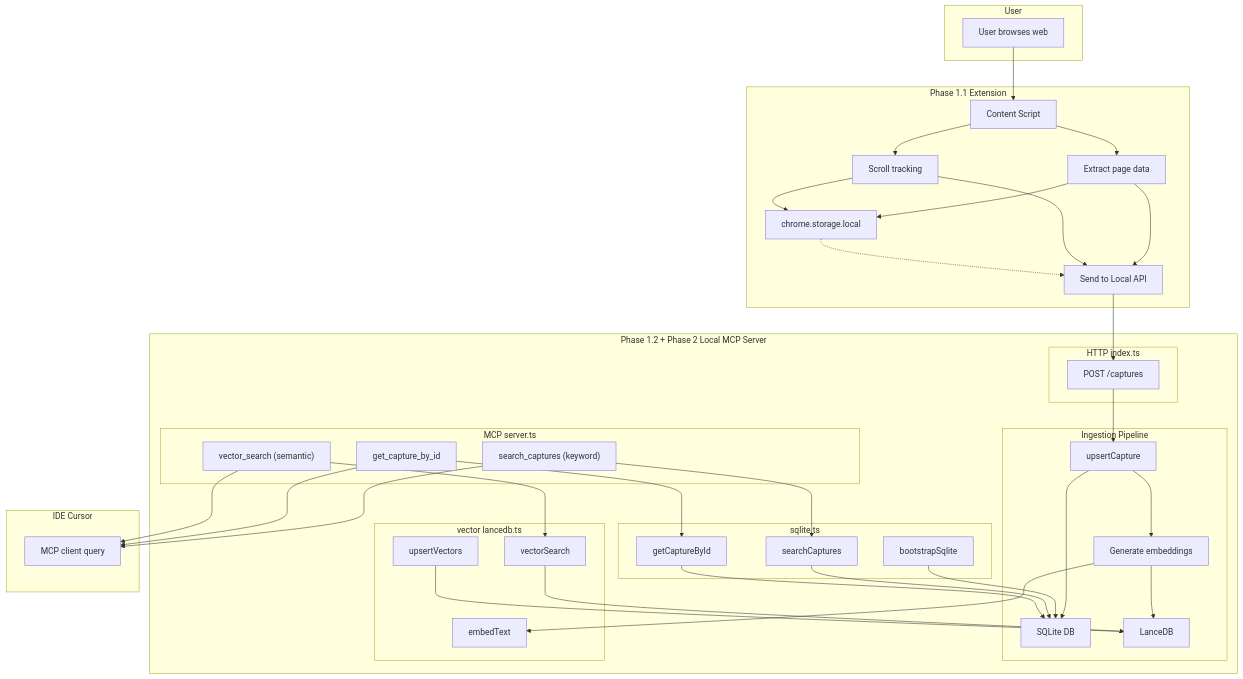
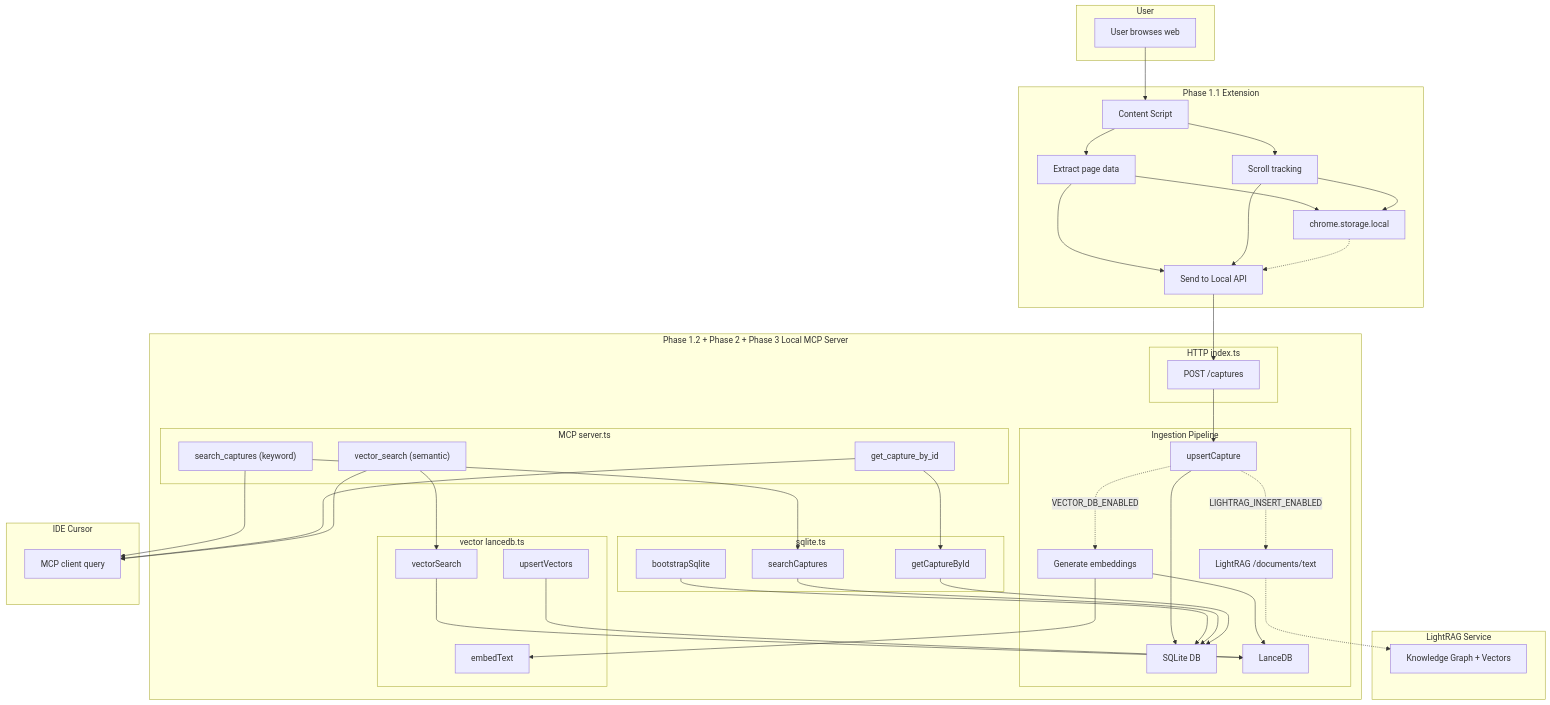
One commit to kyhsdjq/surfrag changed the diagram in README.md. Above: the diagram before and after it, drawn with Mermaid. The commit also changed other lines of this file and 7 other files, not shown here.

Commit message:
feat: Phase 3.3 completed (lightrag save)

````diff
--- a/README.md
+++ b/README.md
@@ -7,69 +7,73 @@
 ```mermaid
 flowchart TB
-    subgraph "User"
+    subgraph User["User"]
         A["User browses web"]
     end
 
-    subgraph "Phase 1.1 Extension"
+    subgraph Ext["Phase 1.1 Extension"]
         B["Content Script"]
         C["Extract page data"]
         D["Scroll tracking"]
         E["chrome.storage.local"]
         F["Send to Local API"]
     end
 
-    subgraph "Phase 1.2 + Phase 2 Local MCP Server"
-        subgraph "HTTP index.ts"
+    subgraph Server["Phase 1.2 + Phase 2 + Phase 3 Local MCP Server"]
+        subgraph HTTP["HTTP index.ts"]
             G["POST /captures"]
         end
-        subgraph "Ingestion Pipeline"
+        subgraph Ingestion["Ingestion Pipeline"]
             G --> H2
-            H2 --> K
-            H2 --> EMB["Generate embeddings"]
+            H2 --> K["SQLite DB"]
+            H2 -.->|"VECTOR_DB_ENABLED"| EMB["Generate embeddings"]
             EMB --> VDB["LanceDB"]
+            H2 -.->|"LIGHTRAG_INSERT_ENABLED"| LR["LightRAG /documents/text"]
         end
-        subgraph "sqlite.ts"
+        subgraph SQLite["sqlite.ts"]
             H1["bootstrapSqlite"]
             H2["upsertCapture"]
             H3["searchCaptures"]
             H4["getCaptureById"]
         end
-        subgraph "vector lancedb.ts"
+        subgraph Vector["vector lancedb.ts"]
             V1["embedText"]
             V2["upsertVectors"]
             V3["vectorSearch"]
         end
-        subgraph "MCP server.ts"
+        subgraph MCP["MCP server.ts"]
             I["search_captures (keyword)"]
             J["get_capture_by_id"]
-            NEW["vector_search (semantic)"]
+            VSEARCH["vector_search (semantic)"]
         end
-        K["SQLite DB"]
     end
 
-    subgraph "IDE Cursor"
+    subgraph LightRAG["LightRAG Service"]
+        LR -.-> KG["Knowledge Graph + Vectors"]
+    end
+
+    subgraph IDE["IDE Cursor"]
         L["MCP client query"]
     end
 
     A --> B
     B --> C
     B --> D
     C --> E
     C --> F
     D --> E
     D --> F
     E -.-> F
     F --> G
     H1 --> K
     I --> H3
     H3 --> K
     J --> H4
     H4 --> K
-    NEW --> V3
+    VSEARCH --> V3
     V3 --> VDB
     EMB --> V1
     V2 --> VDB
     I --> L
     J --> L
-    NEW --> L
+    VSEARCH --> L
 ```
````
